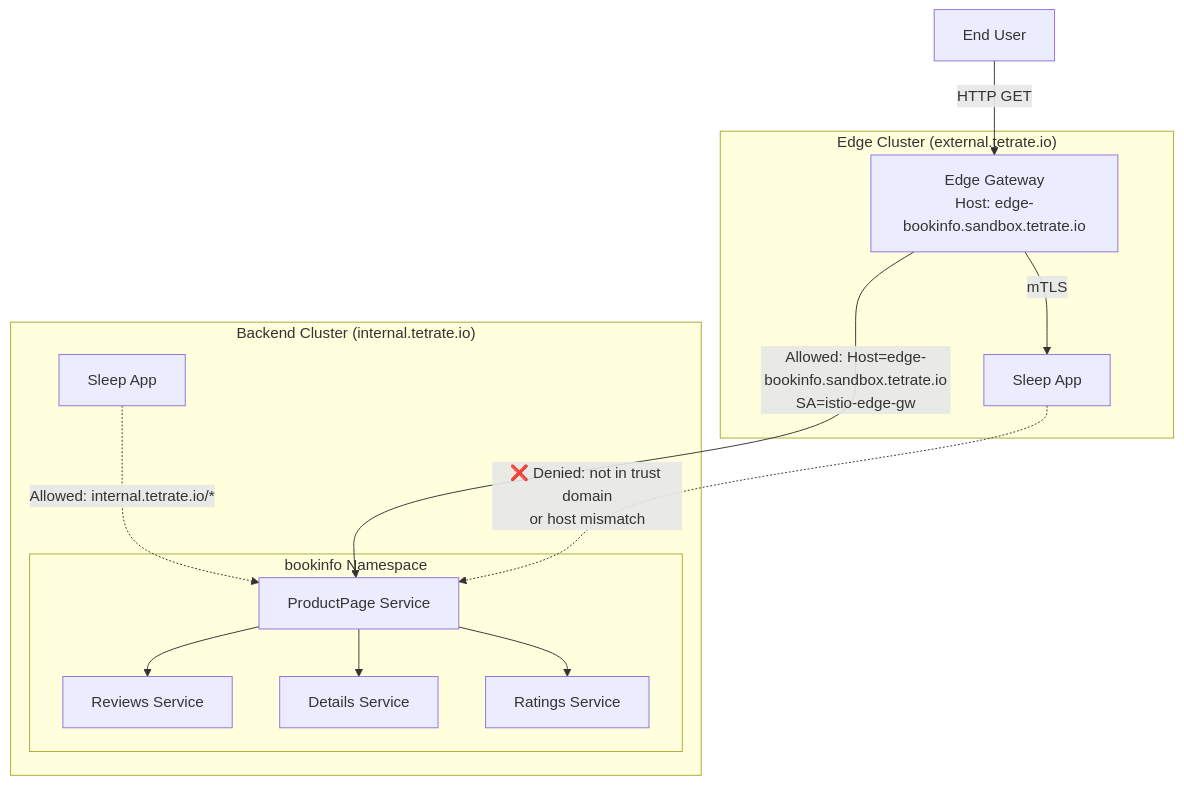
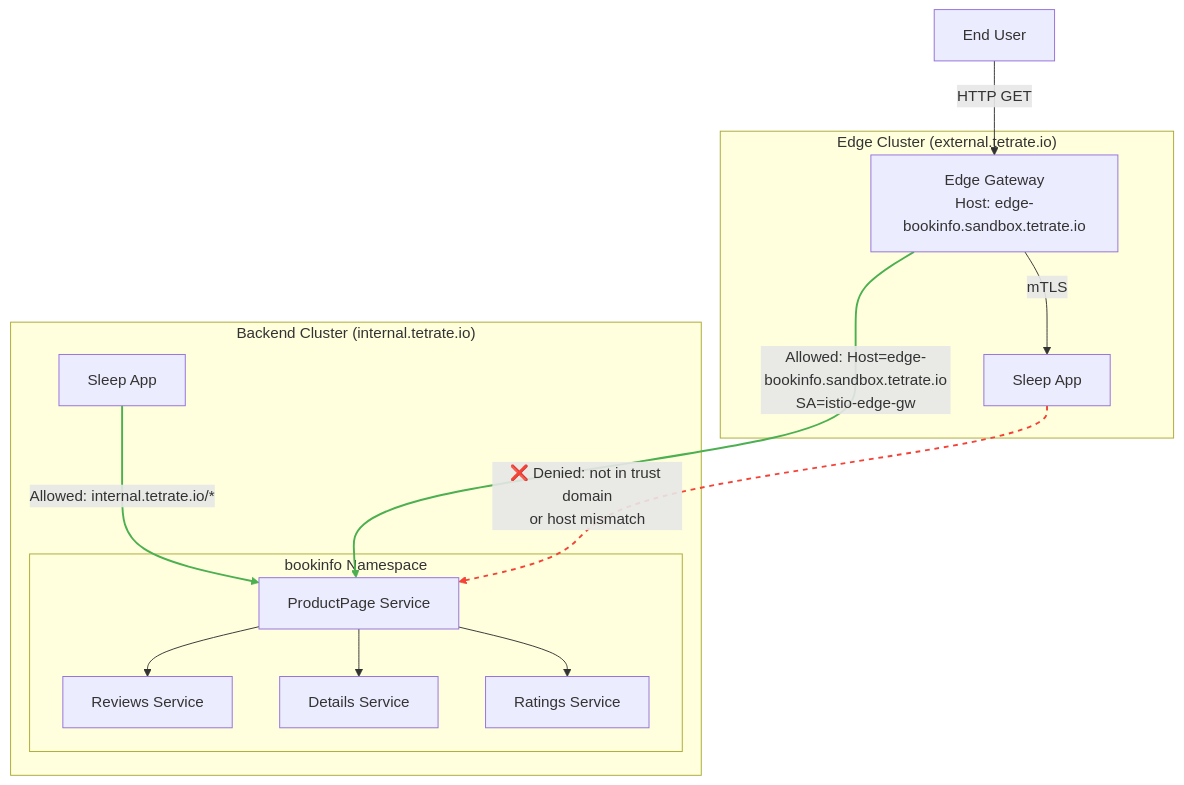
The diagram in AUTHORIZATION.md (shamusx/istio-multicluster-demo), drawn with Mermaid before and after one commit.

````diff
--- a/AUTHORIZATION.md
+++ b/AUTHORIZATION.md
@@ -6,42 +6,46 @@
 ```mermaid
 graph TD
     %% Entry point from Internet
     User[End User] -->|HTTP GET| EdgeGW[Edge Gateway]
 
     %% Edge Cluster (external trust domain)
     subgraph Edge_Cluster["Edge Cluster (external.tetrate.io)"]
         EdgeGW[Edge Gateway<br/>Host: edge-bookinfo.sandbox.tetrate.io]
         SleepEdge[Sleep App]
         EdgeGW -->|mTLS| SleepEdge
     end
 
     %% Backend Cluster (internal trust domain)
     subgraph Backend_Cluster["Backend Cluster (internal.tetrate.io)"]
         subgraph Bookinfo_NS["bookinfo Namespace"]
             ProductPage[ProductPage Service]
             Reviews[Reviews Service]
             Details[Details Service]
             Ratings[Ratings Service]
             ProductPage --> Reviews
             ProductPage --> Details
             ProductPage --> Ratings
         end
         SleepBackend[Sleep App]
     end
 
     %% Authorization Policy Connections
-    SleepBackend -.->|Allowed: internal.tetrate.io/*| ProductPage
-    EdgeGW --->|Allowed: Host=edge-bookinfo.sandbox.tetrate.io<br/>SA=istio-edge-gw| ProductPage
-    SleepEdge -.->|❌ Denied: not in trust domain<br/>or host mismatch| ProductPage
+    SleepBackend -->|Allowed: internal.tetrate.io/*| ProductPage
+    EdgeGW -->|Allowed: Host=edge-bookinfo.sandbox.tetrate.io<br/>SA=istio-edge-gw| ProductPage
+    SleepEdge -->|❌ Denied: not in trust domain<br/>or host mismatch| ProductPage
 
     %% Styling AuthZ Links
     %% link indexes: 
     %% 0: User --> EdgeGW
     %% 1: EdgeGW --> SleepEdge
     %% 2: ProductPage --> Reviews
     %% 3: ProductPage --> Details
     %% 4: ProductPage --> Ratings
-    %% 5: SleepBackend -.
+    %% 5: SleepBackend --> ProductPage  (AuthZ allowed)
+    %% 6: EdgeGW --> ProductPage        (AuthZ allowed)
+    %% 7: SleepEdge --> ProductPage     (AuthZ denied)
 
-
+    linkStyle 5 stroke:#4caf50,stroke-width:2px
+    linkStyle 6 stroke:#4caf50,stroke-width:2px
+    linkStyle 7 stroke:#f44336,stroke-width:2px,stroke-dasharray: 5
 ```
````
